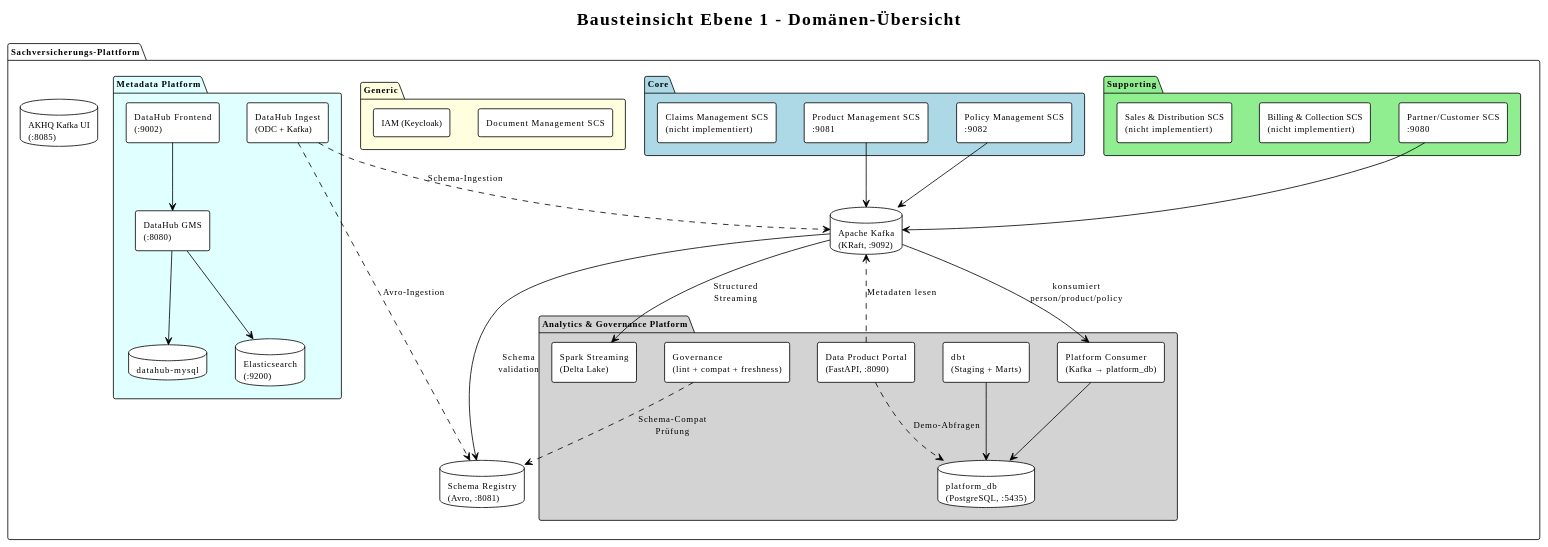
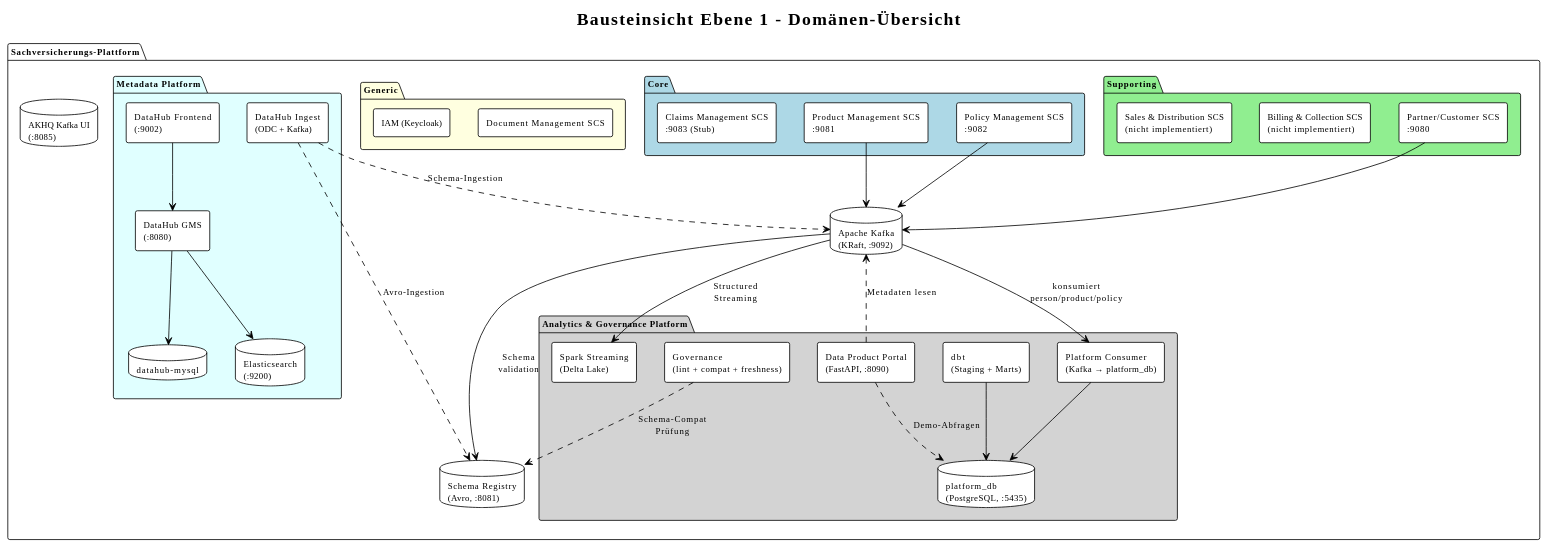
Before and after one commit to LukasW/datamesh: the fourth of 16 diagrams in specs/arc42.md, drawn with PlantUML. The commit also changed other lines of this file and 64 other files, not shown here.

````diff
--- a/specs/arc42.md
+++ b/specs/arc42.md
@@ -282,70 +283,70 @@
 ```plantuml
 @startuml baustein-l1
 !theme plain
 skinparam componentStyle rectangle
 skinparam defaultFontSize 11
 
 title Bausteinsicht Ebene 1 – Domänen-Übersicht
 
 package "Sachversicherungs-Plattform" {
 
   package "Core" #LightBlue {
     [Product Management SCS\n:9081] as PM
     [Policy Management SCS\n:9082] as POL
-    [Claims Management SCS\n(nicht implementiert)] as CLM
+    [Claims Management SCS\n:9083 (Stub)] as CLM
   }
 
   package "Supporting" #LightGreen {
     [Partner/Customer SCS\n:9080] as PCM
     [Billing & Collection SCS\n(nicht implementiert)] as BIL
     [Sales & Distribution SCS\n(nicht implementiert)] as SAL
   }
 
   package "Generic" #LightYellow {
     [Document Management SCS] as DMS
     [IAM (Keycloak)] as IAM
   }
 
   database "Apache Kafka\n(KRaft, :9092)" as KAFKA
   database "Schema Registry\n(Avro, :8081)" as SR
   database "AKHQ Kafka UI\n(:8085)" as AKHQ
 
   package "Analytics & Governance Platform" #LightGrey {
     [Platform Consumer\n(Kafka → platform_db)] as PC
     [dbt\n(Staging + Marts)] as DBT
     [Spark Streaming\n(Delta Lake)] as SPARK
     [Governance\n(lint + compat + freshness)] as GOV
     [Data Product Portal\n(FastAPI, :8090)] as PORTAL
     database "platform_db\n(PostgreSQL, :5435)" as PLTDB
   }
 
   package "Metadata Platform" #LightCyan {
     [DataHub GMS\n(:8080)] as DHGMS
     [DataHub Frontend\n(:9002)] as DH
     [DataHub Ingest\n(ODC + Kafka)] as DHINGEST
     database "datahub-mysql" as DHMYSQL
     database "Elasticsearch\n(:9200)" as DHES
   }
 }
 
 PM --> KAFKA
 POL --> KAFKA
 PCM --> KAFKA
 
 KAFKA --> SR : Schema\nvalidation
 KAFKA --> PC : konsumiert\nperson/product/policy
 KAFKA --> SPARK : Structured\nStreaming
 
 PC --> PLTDB
 DBT --> PLTDB
 PORTAL ..> KAFKA : Metadaten lesen
 PORTAL ..> PLTDB : Demo-Abfragen
 GOV ..> SR : Schema-Compat\nPrüfung
 DHGMS --> DHMYSQL
 DHGMS --> DHES
 DH --> DHGMS
 DHINGEST ..> SR : Avro-Ingestion
 DHINGEST ..> KAFKA : Schema-Ingestion
 
 @enduml
 ```
````
